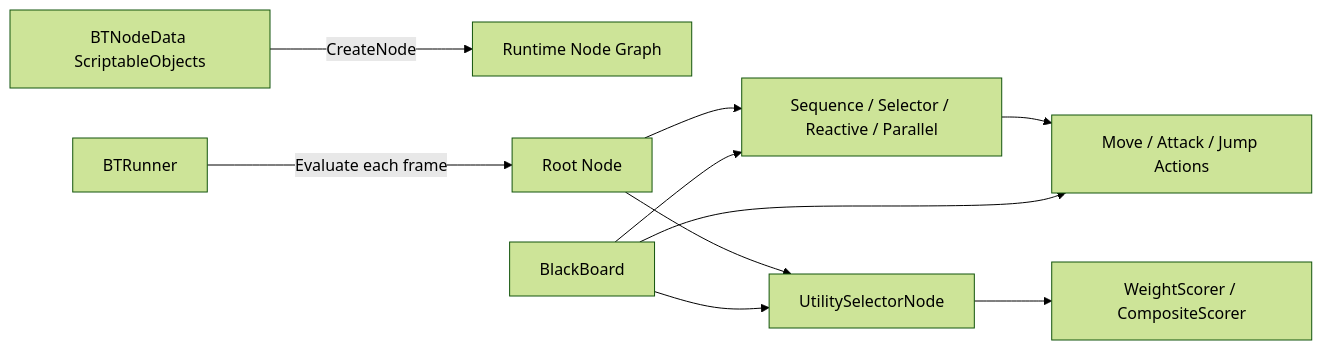
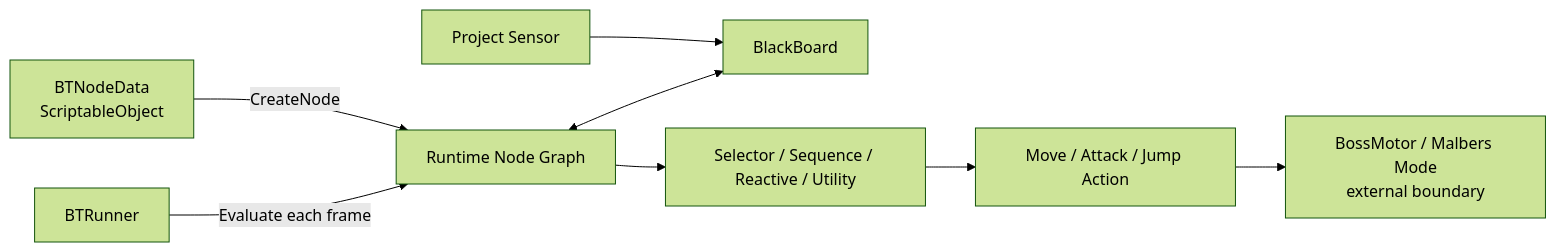
Before and after one commit to myWworld/Unity-Gameplay-Code-Samples: the third of 5 diagrams in docs/ARCHITECTURE.md, drawn with Mermaid (forest theme). The commit also changed other lines of this file and 12 other files, not shown here.

````diff
--- a/docs/ARCHITECTURE.md
+++ b/docs/ARCHITECTURE.md
@@ -75,12 +99,11 @@
 ```mermaid
 flowchart LR
-    SO[BTNodeData ScriptableObjects] -->|CreateNode| Runtime[Runtime Node Graph]
-    Runner[BTRunner] -->|Evaluate each frame| Root[Root Node]
-    Root --> Composite[Sequence / Selector / Reactive / Parallel]
-    Root --> Utility[UtilitySelectorNode]
-    Utility --> Scorers[WeightScorer / CompositeScorer]
-    Composite --> Actions[Move / Attack / Jump Actions]
-    Blackboard[BlackBoard] --> Composite
-    Blackboard --> Utility
-    Blackboard --> Actions
+    Sensor["Project Sensor"] --> Blackboard["BlackBoard"]
+    Data["BTNodeData<br/>ScriptableObject"] -->|"CreateNode"| Runtime["Runtime Node Graph"]
+    Runner["BTRunner"] -->|"Evaluate each frame"| Runtime
+    Runtime <--> Blackboard
+
+    Runtime --> Composite["Selector / Sequence / Reactive / Utility"]
+    Composite --> Action["Move / Attack / Jump Action"]
+    Action --> External["BossMotor / Malbers Mode<br/>external boundary"]
 ```
````
